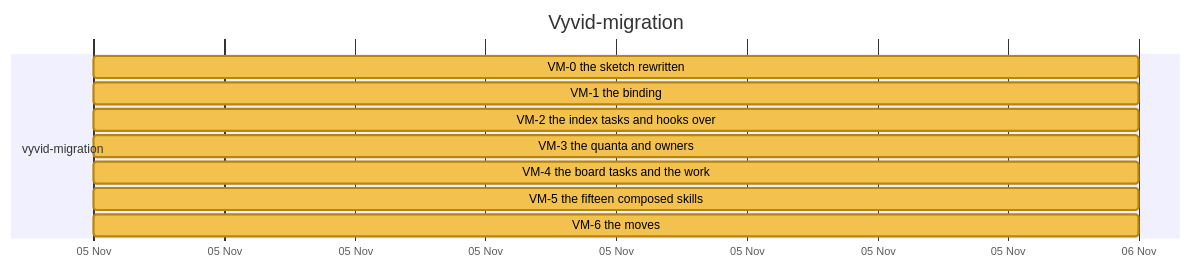
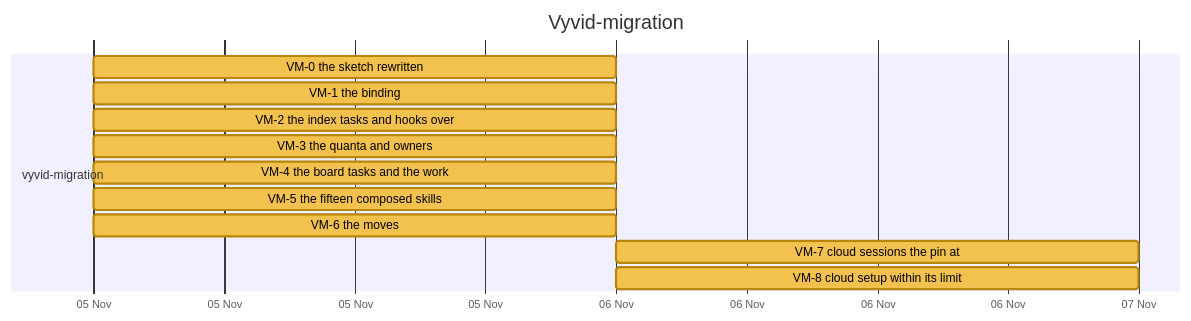
Before and after one commit to nebularis/lattice: diagram 15 of 27 in docs/developer/ROADMAP.md, drawn with Mermaid. The commit also changed other lines of this file and 10 other files, not shown here.

````diff
--- a/docs/developer/ROADMAP.md
+++ b/docs/developer/ROADMAP.md
@@ -434,15 +435,17 @@
 ```mermaid
 %%{init: {"themeVariables": {"taskBkgColor": "#f2c14e", "taskBorderColor": "#b8860b", "taskTextColor": "#000000", "activeTaskBkgColor": "#4e9af1", "activeTaskBorderColor": "#1f5fbf", "activeTaskBorderColor": "#1f5fbf", "doneTaskBkgColor": "#8fcf8f", "doneTaskBorderColor": "#2f7d32", "critBkgColor": "#f28b82", "critBorderColor": "#b23a30", "taskTextDarkColor": "#000000", "taskTextLightColor": "#000000"}}}%%
 gantt
     title Vyvid-migration
     dateFormat YYYY-MM-DD
     axisFormat %d %b
     section vyvid-migration
     VM-0 the sketch rewritten :vm0, 2026-11-05, 2026-11-06
     VM-1 the binding :vm1, 2026-11-05, 2026-11-06
     VM-2 the index tasks and hooks over :vm2, 2026-11-05, 2026-11-06
     VM-3 the quanta and owners :vm3, 2026-11-05, 2026-11-06
     VM-4 the board tasks and the work :vm4, 2026-11-05, 2026-11-06
     VM-5 the fifteen composed skills :vm5, 2026-11-05, 2026-11-06
     VM-6 the moves :vm6, 2026-11-05, 2026-11-06
+    VM-7 cloud sessions the pin at :vm7, 2026-11-06, 2026-11-07
+    VM-8 cloud setup within its limit :vm8, 2026-11-06, 2026-11-07
 ```
````
